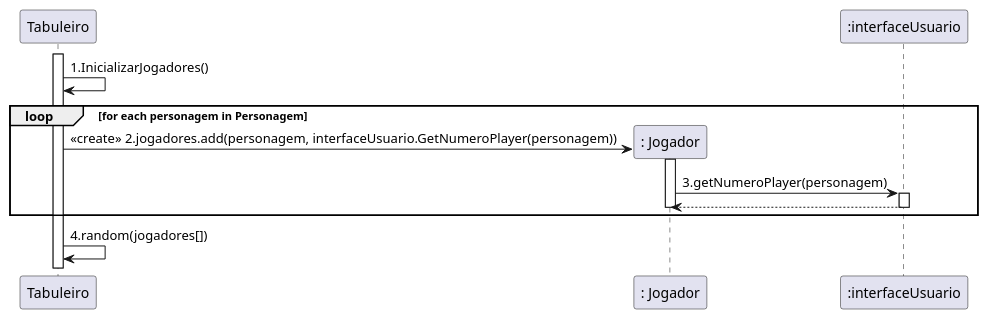
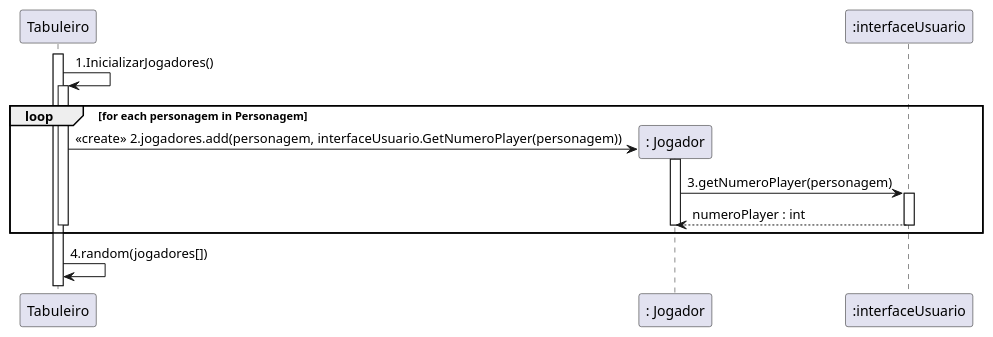
The diagram in Documentação/diagrama-de-sequencia-Inicializa-jogadores.plantuml (rogerpcto/ProjetoDeSoftware-UFF), drawn with PlantUML before and after one commit.

Commit message:
Atualiza Diagrama de Seq InicializaJogadores

```diff
--- a/Documentação/diagrama-de-sequencia-Inicializa-jogadores.plantuml
+++ b/Documentação/diagrama-de-sequencia-Inicializa-jogadores.plantuml
@@ -1,17 +1,19 @@
 @startuml
 Activate Tabuleiro
 ":Tabuleiro" as Tabuleiro -> Tabuleiro : 1.InicializarJogadores()
 
 Create ": Jogador" as Jogador
 loop for each personagem in Personagem
-    Tabuleiro -> Jogador : <<create>> 2.jogadores.add(personagem, interfaceUsuario.GetNumeroPlayer(personagem))
-    activate Jogador
-    
-        Jogador-> ":interfaceUsuario" as GUI : 3.getNumeroPlayer(personagem) 
-        Activate GUI
-        Jogador <-- GUI 
-        Deactivate GUI
-    Deactivate Jogador   
+    activate Tabuleiro
+        Tabuleiro -> Jogador : <<create>> 2.jogadores.add(personagem, interfaceUsuario.GetNumeroPlayer(personagem))
+        activate Jogador
+        
+            Jogador-> ":interfaceUsuario" as GUI : 3.getNumeroPlayer(personagem) 
+            Activate GUI
+            Jogador <-- GUI : numeroPlayer : int
+            Deactivate GUI
+        Deactivate Jogador
+    Deactivate Tabuleiro   
 end loop
 Tabuleiro -> Tabuleiro : 4.random(jogadores[])
 @enduml
```
